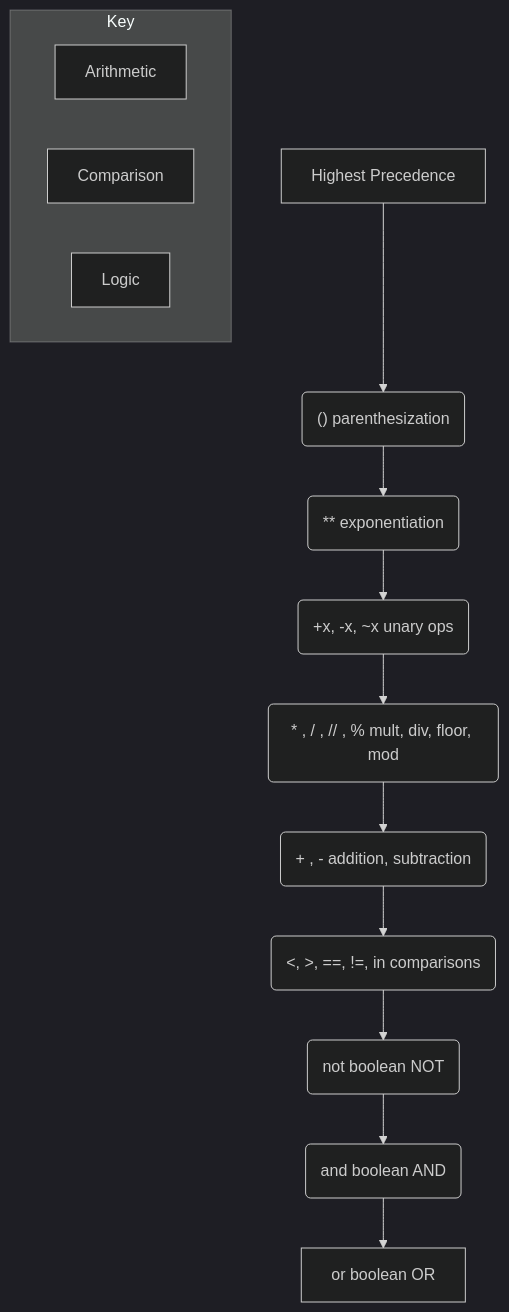
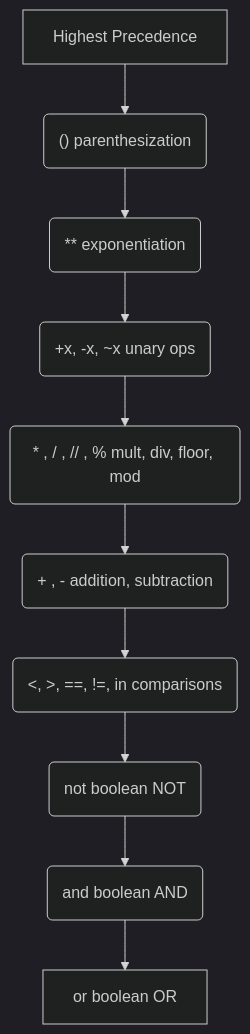
The seventh of 21 diagrams in README.md (mehdihadeli/learn-python), drawn with Mermaid (dark theme) before and after one commit. The commit also changed other lines of this file, not shown here.

````diff
--- a/README.md
+++ b/README.md
@@ -943,18 +1027,12 @@
 ```mermaid
 graph TD
     High[Highest Precedence] --> P1("() parenthesization");
     P1 --> P2("** exponentiation");
     P2 --> P3("+x, -x, ~x unary ops");
     P3 --> P4("* , / , // , % mult, div, floor, mod");
     P4 --> P5("+ , - addition, subtraction");
     P5 --> P6("<, >, ==, !=, in comparisons");
     P6 --> P7("not boolean NOT");
     P7 --> P8("and boolean AND");
     P8 --> Low[or boolean OR];
-
-    subgraph "Key"
-        K1[Arithmetic]
-        K2[Comparison]
-        K3[Logic]
-    end
 ```
````
